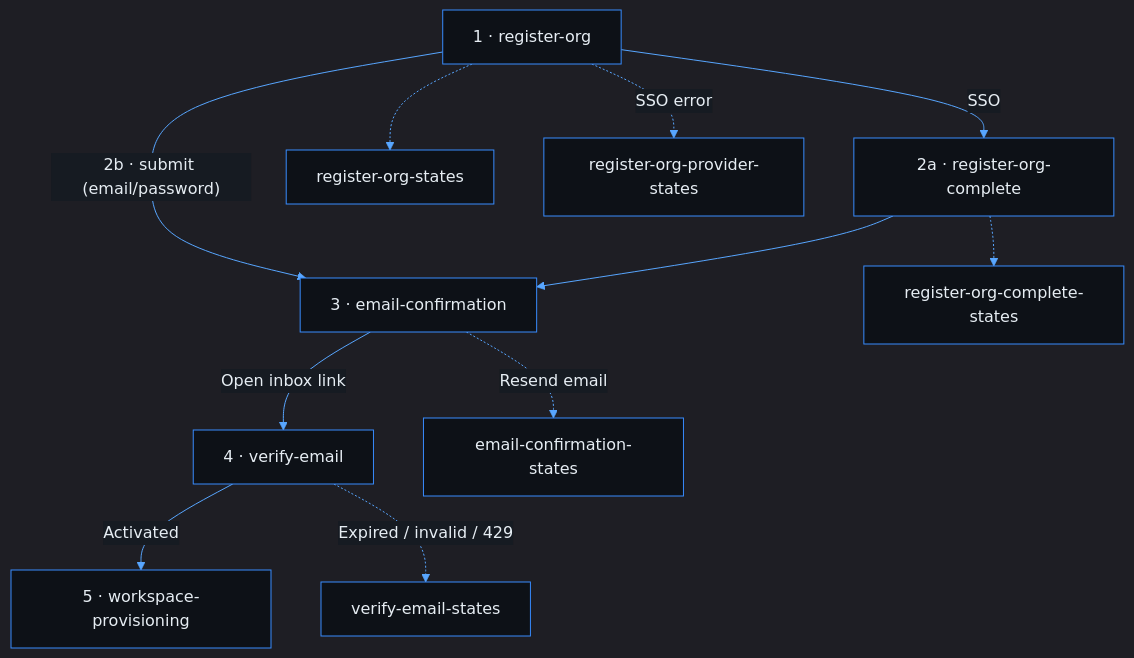
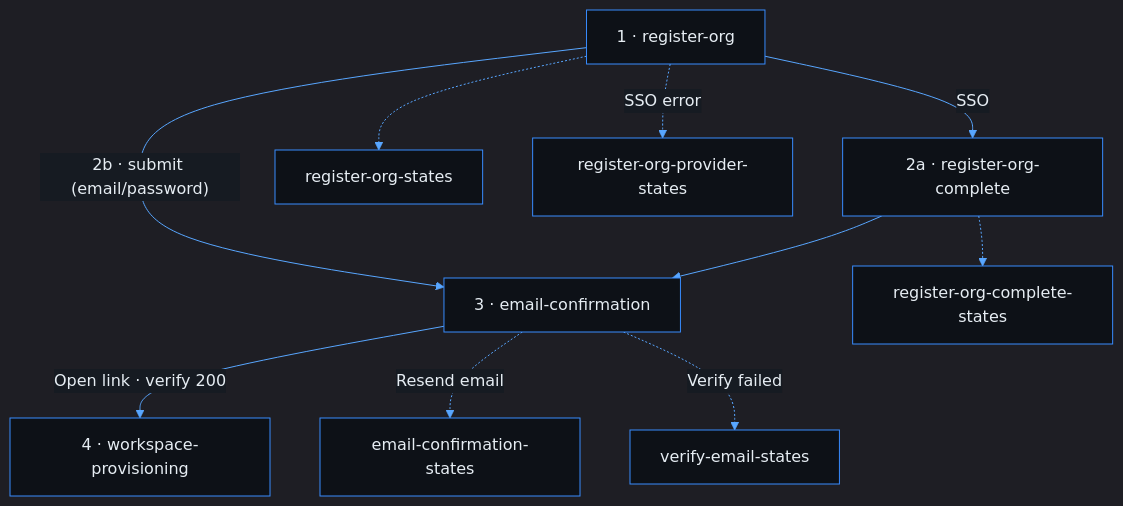
The first of 4 diagrams in docs/use-cases/platform-foundation/register-org/README.md (phuongnse/axis), drawn with Mermaid before and after one commit. The commit also changed other lines of this file and 5 other files, not shown here.

First line of the commit message:
docs(wireframes): remove verify-email success screen

````diff
--- a/docs/use-cases/platform-foundation/register-org/README.md
+++ b/docs/use-cases/platform-foundation/register-org/README.md
@@ -135,24 +135,23 @@
 ```mermaid
 %%{init: {'theme':'dark','themeVariables':{'background':'#0d1117','mainBkg':'#0d1117','primaryColor':'#161b22','primaryBorderColor':'#388bfd','primaryTextColor':'#e6edf3','secondaryColor':'#21262d','secondaryBorderColor':'#388bfd','secondaryTextColor':'#e6edf3','tertiaryColor':'#161b22','tertiaryTextColor':'#e6edf3','lineColor':'#58a6ff','textColor':'#e6edf3','nodeBorder':'#388bfd','clusterBkg':'#161b22','clusterBorder':'#388bfd','titleColor':'#e6edf3','edgeLabelBackground':'#161b22','actorBkg':'#161b22','actorBorder':'#388bfd','actorTextColor':'#e6edf3','signalColor':'#58a6ff','labelBoxBkgColor':'#161b22','labelBoxBorderColor':'#388bfd','noteBkgColor':'#161b22','noteBorderColor':'#388bfd','noteTextColor':'#c9d1d9','activationBkgColor':'#30363d'}}}%%
 flowchart TD
   entry["1 · register-org"]
   complete["2a · register-org-complete"]
   confirm["3 · email-confirmation"]
-  verify["4 · verify-email"]
   errEntry["register-org-states"]
   errComplete["register-org-complete-states"]
   errProvider["register-org-provider-states"]
   errResend["email-confirmation-states"]
   errVerify["verify-email-states"]
 
   entry -->|"2b · submit (email/password)"| confirm
   entry -->|SSO| complete
   complete --> confirm
-  confirm -->|Open inbox link| verify
-  verify -->|Activated| provision["5 · workspace-provisioning"]
+  provision["4 · workspace-provisioning"]
+  confirm -->|Open link · verify 200| provision
   entry -.-> errEntry
   complete -.-> errComplete
   entry -.->|SSO error| errProvider
   confirm -.->|Resend email| errResend
-  verify -.->|Expired / invalid / 429| errVerify
+  confirm -.->|Verify failed| errVerify
 ```
````
